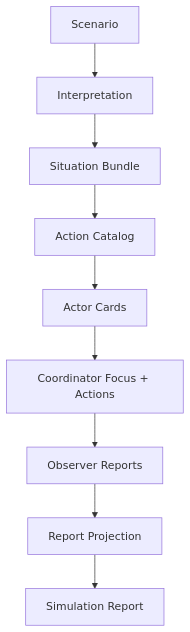
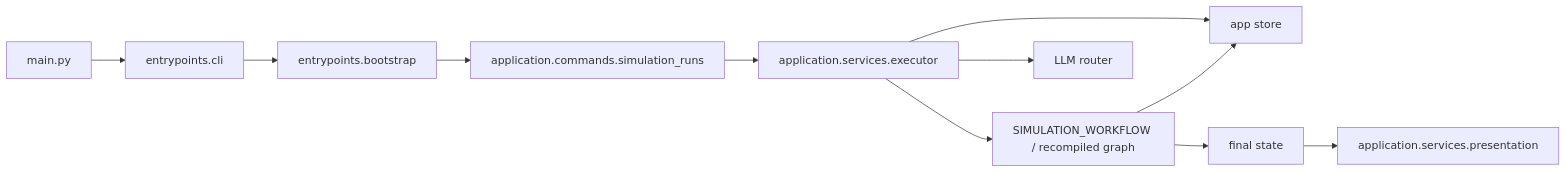
The diagram in docs/architecture.md (keonho-kim/simula), drawn with Mermaid before and after one commit. The commit also changed other lines of this file and 41 other files, not shown here.

````diff
--- a/docs/architecture.md
+++ b/docs/architecture.md
@@ -57,11 +20,13 @@
 ```mermaid
-flowchart TD
-    A["Scenario"] --> B["Interpretation"]
-    B --> C["Situation Bundle"]
-    C --> D["Action Catalog"]
-    D --> E["Actor Cards"]
-    E --> F["Coordinator Focus + Actions"]
-    F --> G["Observer Reports"]
-    G --> H["Report Projection"]
-    H --> I["Simulation Report"]
+flowchart LR
+    Main["main.py"] --> CLI["entrypoints.cli"]
+    CLI --> Bootstrap["entrypoints.bootstrap"]
+    Bootstrap --> Commands["application.commands.simulation_runs"]
+    Commands --> Executor["application.services.executor"]
+    Executor --> Workflow["SIMULATION_WORKFLOW / recompiled graph"]
+    Executor --> Store["app store"]
+    Executor --> Router["LLM router"]
+    Workflow --> Store
+    Workflow --> FinalState["final state"]
+    FinalState --> Presentation["application.services.presentation"]
 ```
````
